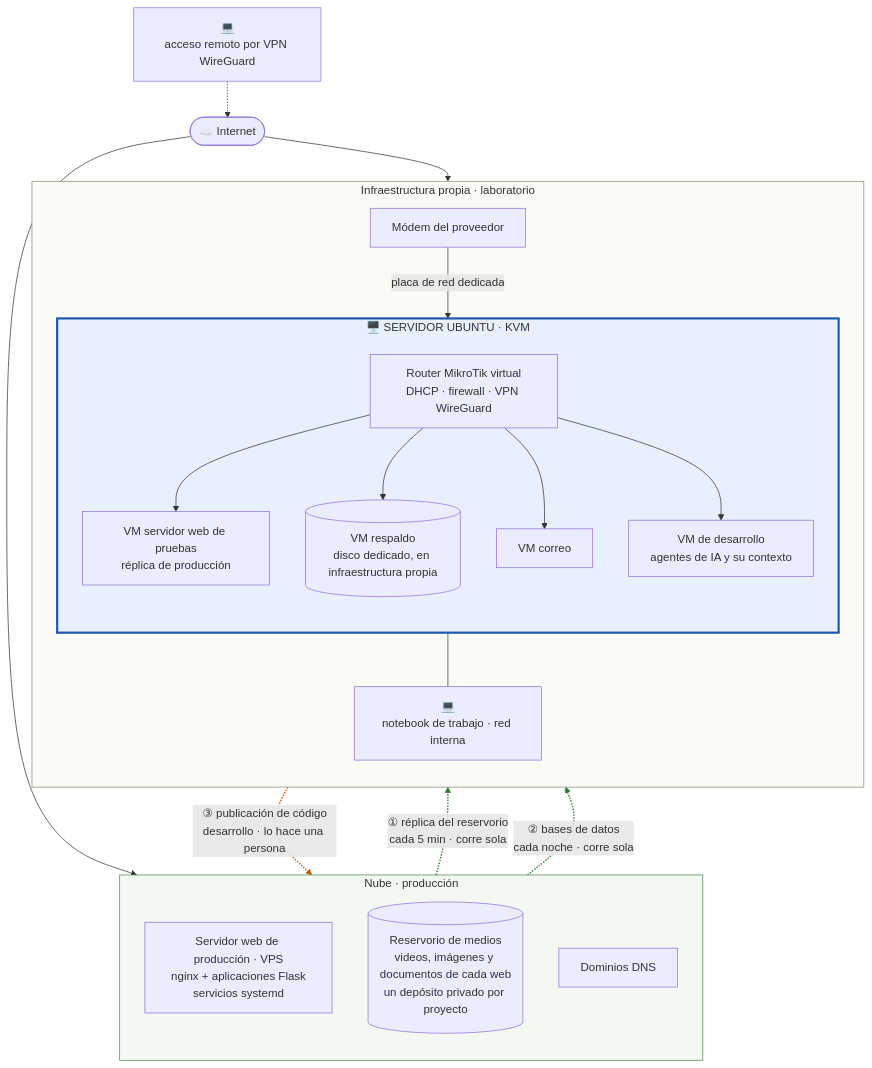
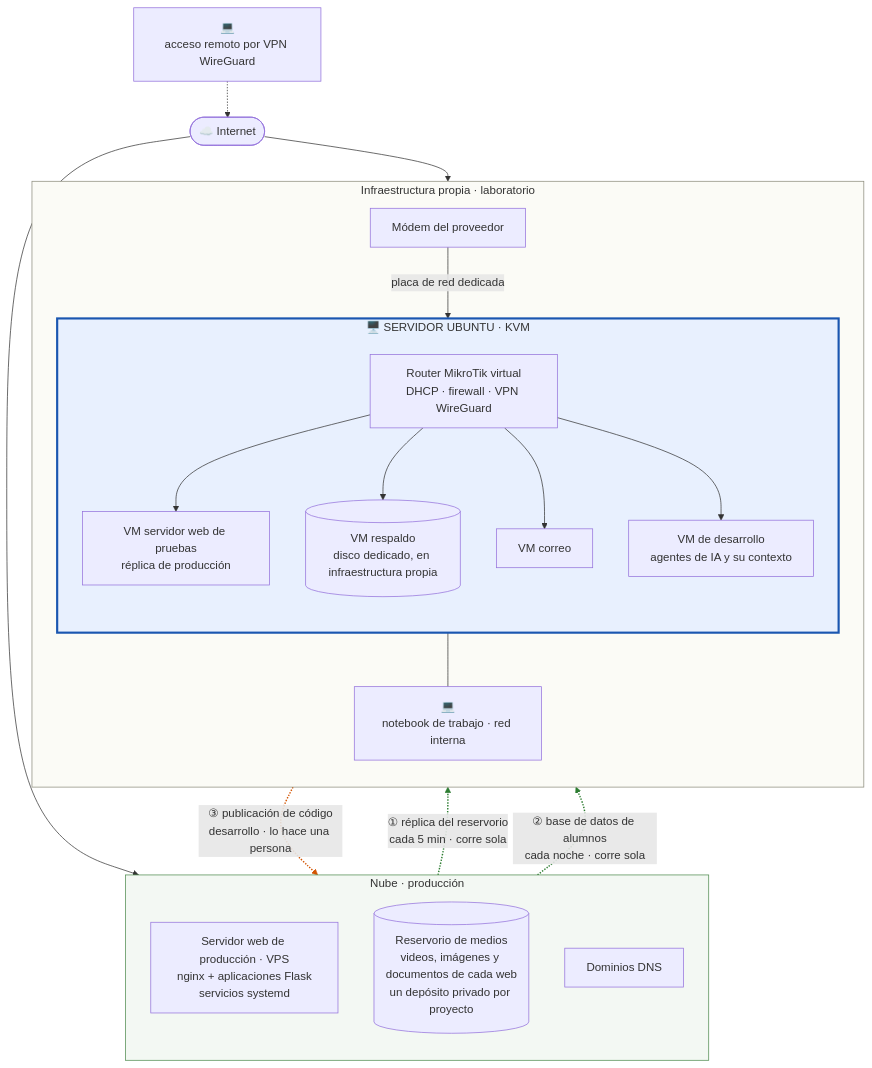
Before and after one commit to druidatech-net/infraestructura-druidatech: the first of 3 diagrams in README.md, drawn with Mermaid. The commit also changed other lines of this file, not shown here.

Commit message:
Réplica explicada en dos frases; base de datos de alumnos de cada academia

````diff
--- a/README.md
+++ b/README.md
@@ -29,33 +29,33 @@
 ```mermaid
 flowchart TB
     N[💻<br/>acceso remoto por VPN WireGuard] -.-> I([☁️ Internet])
     I --> V
     I --> M
     subgraph NUBE[Nube · producción]
         direction TB
         V[Servidor web de producción · VPS<br/>nginx + aplicaciones Flask<br/>servicios systemd]
         S[(Reservorio de medios<br/>videos, imágenes y documentos de cada web<br/>un depósito privado por proyecto)]
         D[Dominios DNS]
     end
     subgraph LAB[Infraestructura propia · laboratorio]
         direction TB
         M[Módem del proveedor] -->|placa de red dedicada| K
         subgraph H[🖥️ SERVIDOR UBUNTU · KVM]
             direction TB
             K[Router MikroTik virtual<br/>DHCP · firewall · VPN WireGuard]
             K --> W[VM servidor web de pruebas<br/>réplica de producción]
             K --> B[(VM respaldo<br/>disco dedicado, en infraestructura propia)]
             K --> C[VM correo]
             K --> A[VM de desarrollo<br/>agentes de IA y su contexto]
         end
         K --- T[💻<br/>notebook de trabajo · red interna]
     end
     S -.->|"① réplica del reservorio<br/>cada 5 min · corre sola"| B
-    V -.->|"② bases de datos<br/>cada noche · corre sola"| B
+    V -.->|"② base de datos de alumnos<br/>cada noche · corre sola"| B
     W -.->|"③ publicación de código<br/>desarrollo · lo hace una persona"| V
     linkStyle 9,10 stroke:#2e7d32,stroke-width:2px
     linkStyle 11 stroke:#d35400,stroke-width:2px
     style H fill:#e8f0fe,stroke:#1a56b0,stroke-width:3px
     style LAB fill:#fbfbf6,stroke:#8a8a7a
     style NUBE fill:#f3f8f3,stroke:#4c8a4c
 ```
````
